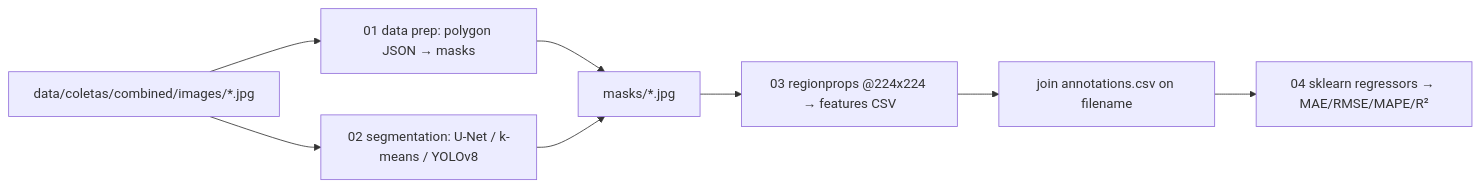
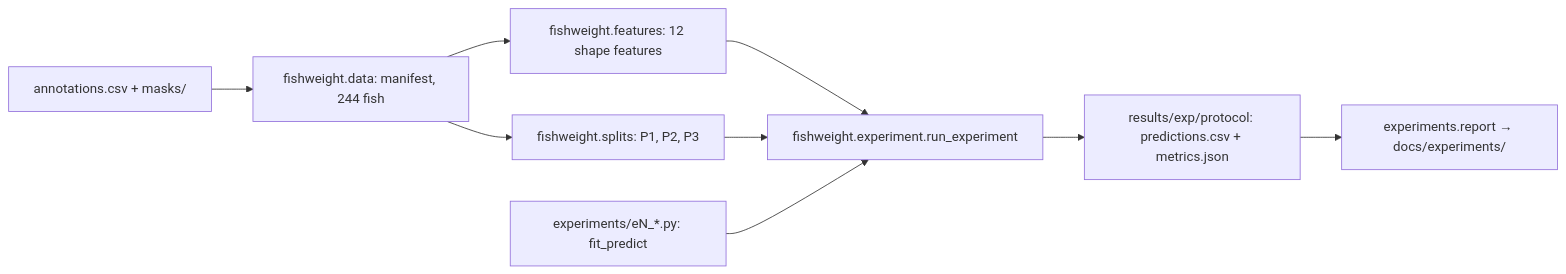
Before and after one commit to mpgxc/estimate_body_fish_weight: the diagram in AGENTS.md, drawn with Mermaid. The commit also changed other lines of this file and 6 other files, not shown here.

````diff
--- a/AGENTS.md
+++ b/AGENTS.md
@@ -11,10 +14,11 @@
 ```mermaid
 flowchart LR
-  A[data/coletas/combined/images/*.jpg] --> B[01 data prep: polygon JSON → masks]
-  A --> C[02 segmentation: U-Net / k-means / YOLOv8]
-  B --> D[masks/*.jpg]
-  C --> D
-  D --> E[03 regionprops @224x224 → features CSV]
-  E --> F[join annotations.csv on filename]
-  F --> G[04 sklearn regressors → MAE/RMSE/MAPE/R²]
+  A[annotations.csv + masks/] --> B[fishweight.data: manifest, 244 fish]
+  B --> C[fishweight.features: 12 shape features]
+  B --> S[fishweight.splits: P1, P2, P3]
+  C --> X[fishweight.experiment.run_experiment]
+  S --> X
+  M[experiments/eN_*.py: fit_predict] --> X
+  X --> R[results/exp/protocol: predictions.csv + metrics.json]
+  R --> T[experiments.report → docs/experiments/]
 ```
````
